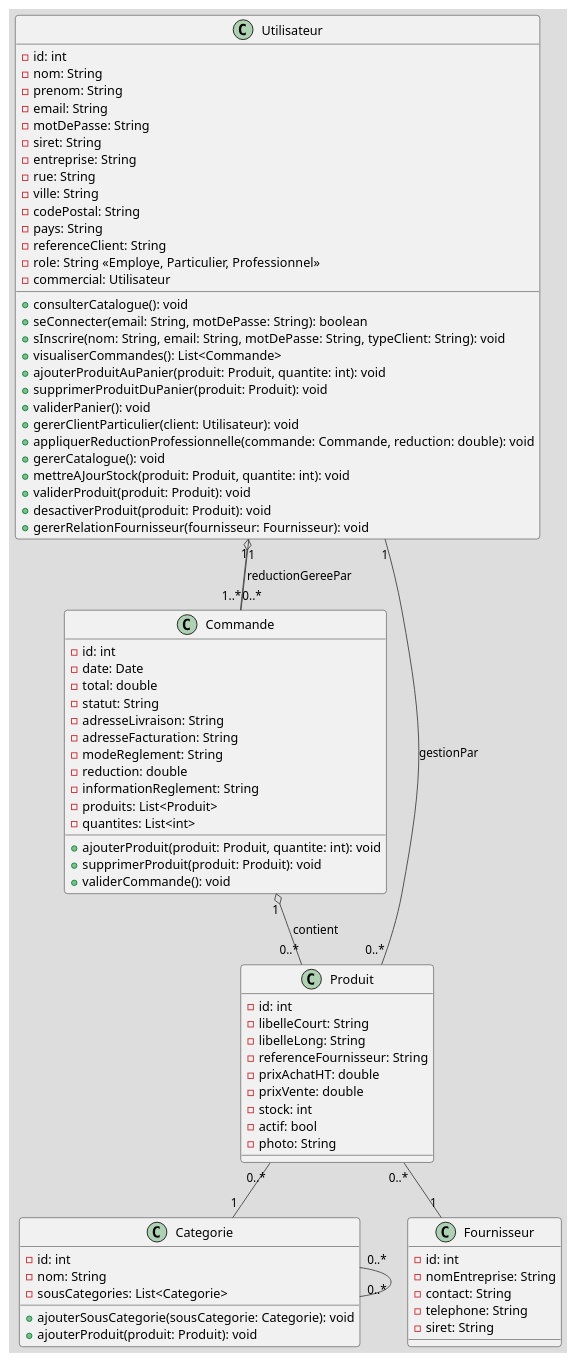
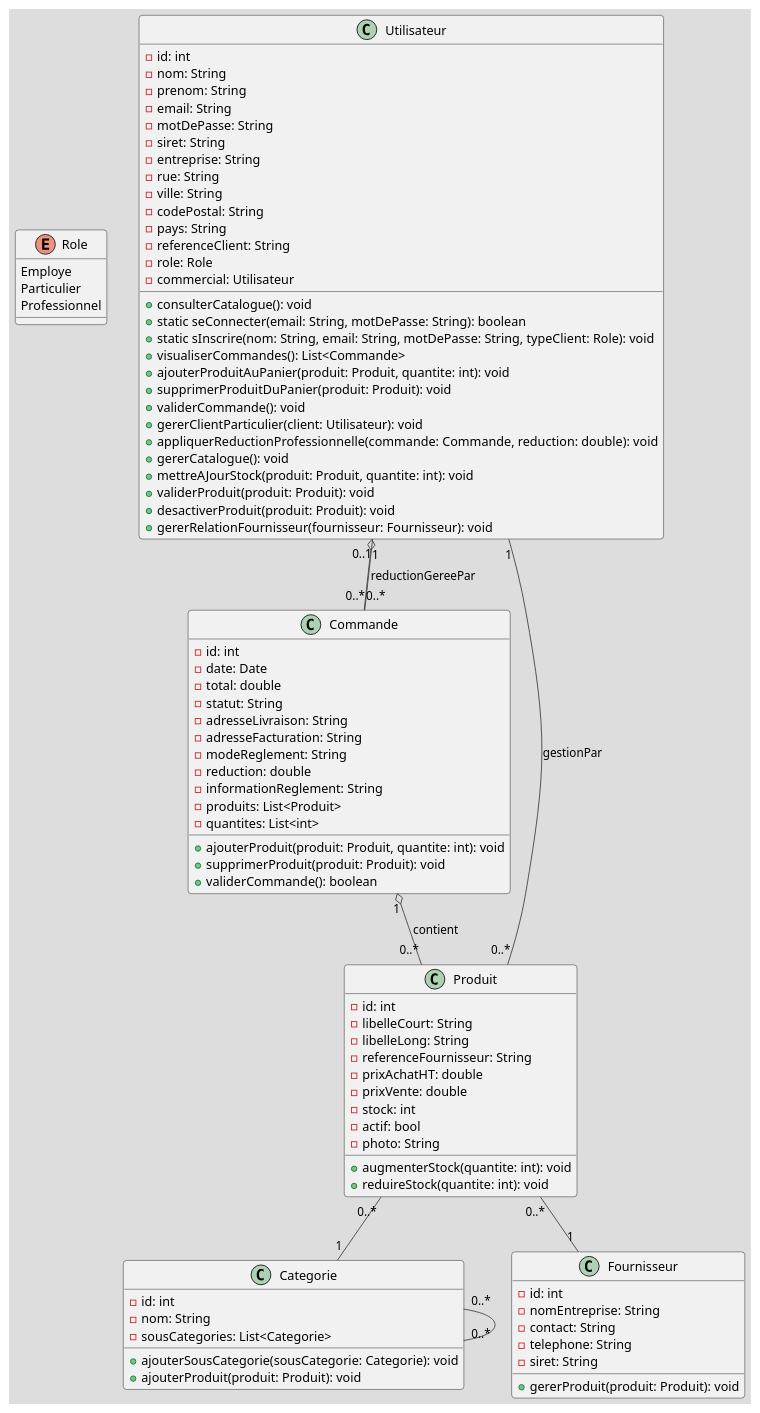
Before and after one commit to clemence95/villagegreen: the diagram in modelisation/diagramme_classe.plantuml, drawn with PlantUML. The commit also changed 17 other files, not shown here.

```diff
--- a/modelisation/diagramme_classe.plantuml
+++ b/modelisation/diagramme_classe.plantuml
@@ -1,88 +1,97 @@
 @startuml diagramme_classe
 !theme toy
+
+enum Role {
+    Employe
+    Particulier
+    Professionnel
+}
 
 class Utilisateur {
     - id: int
     - nom: String
     - prenom: String
     - email: String
     - motDePasse: String
     - siret: String
     - entreprise: String
     - rue: String
     - ville: String
     - codePostal: String
     - pays: String
     - referenceClient: String
-    - role: String <<Employe, Particulier, Professionnel>>
+    - role: Role
     - commercial: Utilisateur
     + consulterCatalogue(): void
-    + seConnecter(email: String, motDePasse: String): boolean
-    + sInscrire(nom: String, email: String, motDePasse: String, typeClient: String): void
+    + static seConnecter(email: String, motDePasse: String): boolean
+    + static sInscrire(nom: String, email: String, motDePasse: String, typeClient: Role): void
     + visualiserCommandes(): List<Commande>
     + ajouterProduitAuPanier(produit: Produit, quantite: int): void
     + supprimerProduitDuPanier(produit: Produit): void
-    + validerPanier(): void
+    + validerCommande(): void
     + gererClientParticulier(client: Utilisateur): void
     + appliquerReductionProfessionnelle(commande: Commande, reduction: double): void
     + gererCatalogue(): void
     + mettreAJourStock(produit: Produit, quantite: int): void
     + validerProduit(produit: Produit): void
     + desactiverProduit(produit: Produit): void
     + gererRelationFournisseur(fournisseur: Fournisseur): void
 }
 
 class Produit {
     - id: int
     - libelleCourt: String
     - libelleLong: String
     - referenceFournisseur: String
     - prixAchatHT: double
     - prixVente: double
     - stock: int
     - actif: bool
     - photo: String
+    + augmenterStock(quantite: int): void
+    + reduireStock(quantite: int): void
 }
 
 class Categorie {
     - id: int
     - nom: String
     - sousCategories: List<Categorie>
     + ajouterSousCategorie(sousCategorie: Categorie): void
     + ajouterProduit(produit: Produit): void
 }
 
 class Fournisseur {
     - id: int
     - nomEntreprise: String
     - contact: String
     - telephone: String
     - siret: String
+    + gererProduit(produit: Produit): void
 }
 
 class Commande {
     - id: int
     - date: Date
     - total: double
     - statut: String
     - adresseLivraison: String
     - adresseFacturation: String
     - modeReglement: String
     - reduction: double
     - informationReglement: String
     - produits: List<Produit>
     - quantites: List<int>
     + ajouterProduit(produit: Produit, quantite: int): void
     + supprimerProduit(produit: Produit): void
-    + validerCommande(): void
+    + validerCommande(): boolean
 }
 
-Utilisateur "1" o-- "1..*" Commande
+Utilisateur "0..1" o-- "0..*" Commande
 Commande "0..*" -- "1" Utilisateur : reductionGereePar
 Commande "1" o-- "0..*" Produit : contient
 Produit "0..*" -- "1" Fournisseur
 Produit "0..*" -- "1" Categorie
 Categorie "0..*" -- "0..*" Categorie
 Produit "0..*" -- "1" Utilisateur : gestionPar
 
 @enduml
```
